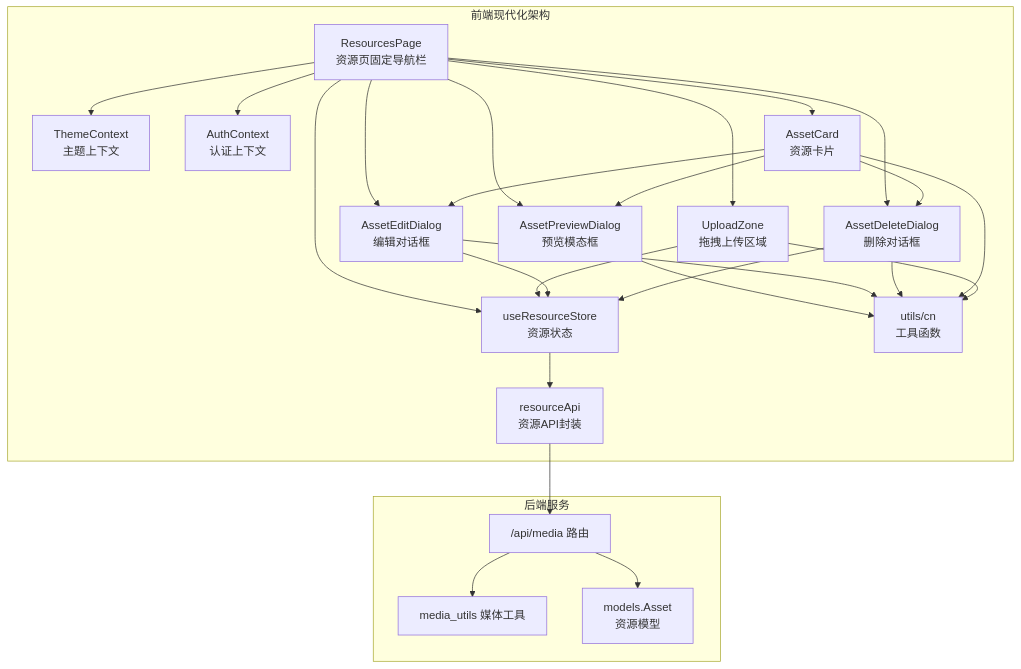
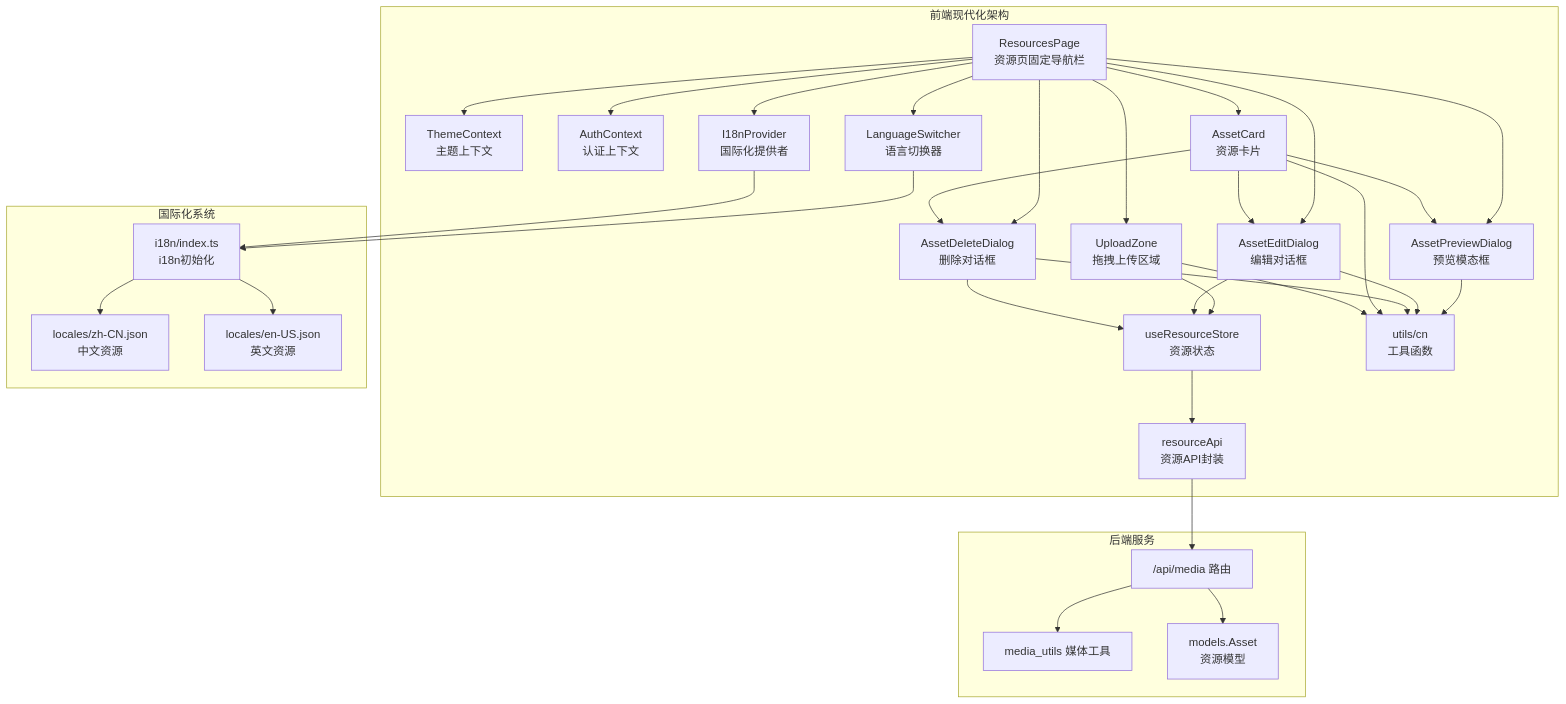
Before and after one commit to KunLabAI/KunFlix: the first of 13 diagrams in .qoder/repowiki/zh/content/系统架构/前端架构/组件架构/资源管理组件.md, drawn with Mermaid. The commit also changed other lines of this file and 78 other files, not shown here.

````diff
--- a/.qoder/repowiki/zh/content/系统架构/前端架构/组件架构/资源管理组件.md
+++ b/.qoder/repowiki/zh/content/系统架构/前端架构/组件架构/资源管理组件.md
@@ -59,44 +66,56 @@
 ```mermaid
 graph TB
 subgraph "前端现代化架构"
 Page["ResourcesPage<br/>资源页固定导航栏"]
 Theme["ThemeContext<br/>主题上下文"]
 Auth["AuthContext<br/>认证上下文"]
 Card["AssetCard<br/>资源卡片"]
 Upload["UploadZone<br/>拖拽上传区域"]
 Preview["AssetPreviewDialog<br/>预览模态框"]
 EditDlg["AssetEditDialog<br/>编辑对话框"]
 DeleteDlg["AssetDeleteDialog<br/>删除对话框"]
+Lang["LanguageSwitcher<br/>语言切换器"]
+I18n["I18nProvider<br/>国际化提供者"]
 Store["useResourceStore<br/>资源状态"]
 API["resourceApi<br/>资源API封装"]
 Utils["utils/cn<br/>工具函数"]
+end
+subgraph "国际化系统"
+I18nIndex["i18n/index.ts<br/>i18n初始化"]
+ZH["locales/zh-CN.json<br/>中文资源"]
+EN["locales/en-US.json<br/>英文资源"]
 end
 subgraph "后端服务"
 Router["/api/media 路由"]
 MediaSvc["media_utils 媒体工具"]
 Model["models.Asset<br/>资源模型"]
 end
 Page --> Theme
 Page --> Auth
 Page --> Card
 Page --> Upload
 Page --> Preview
 Page --> EditDlg
 Page --> DeleteDlg
-Page --> Store
+Page --> Lang
+Page --> I18n
 Card --> Preview
 Card --> EditDlg
 Card --> DeleteDlg
 Upload --> Store
 EditDlg --> Store
 DeleteDlg --> Store
 Store --> API
 API --> Router
 Router --> MediaSvc
 Router --> Model
 Preview --> Utils
 EditDlg --> Utils
 DeleteDlg --> Utils
 Card --> Utils
 Upload --> Utils
+Lang --> I18nIndex
+I18n --> I18nIndex
+I18nIndex --> ZH
+I18nIndex --> EN
 ```
````
